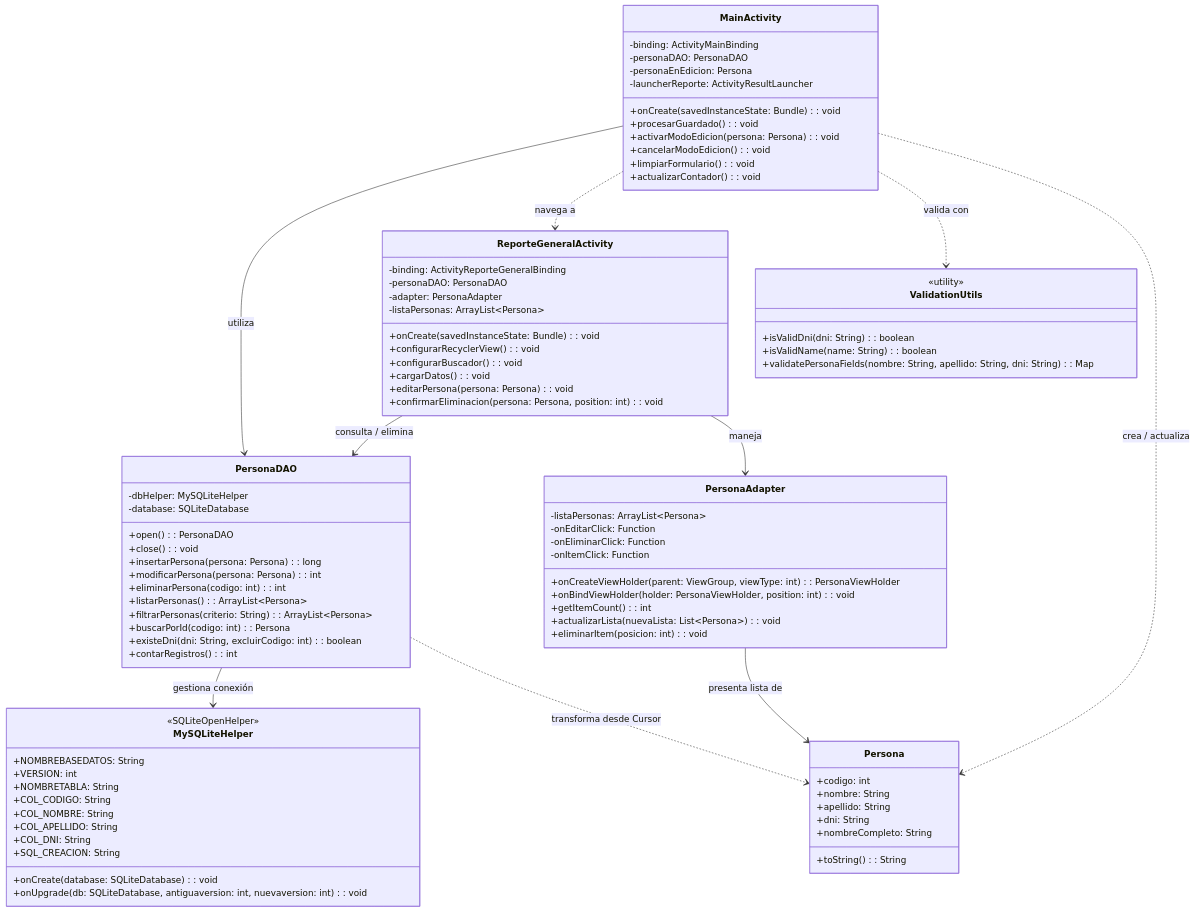
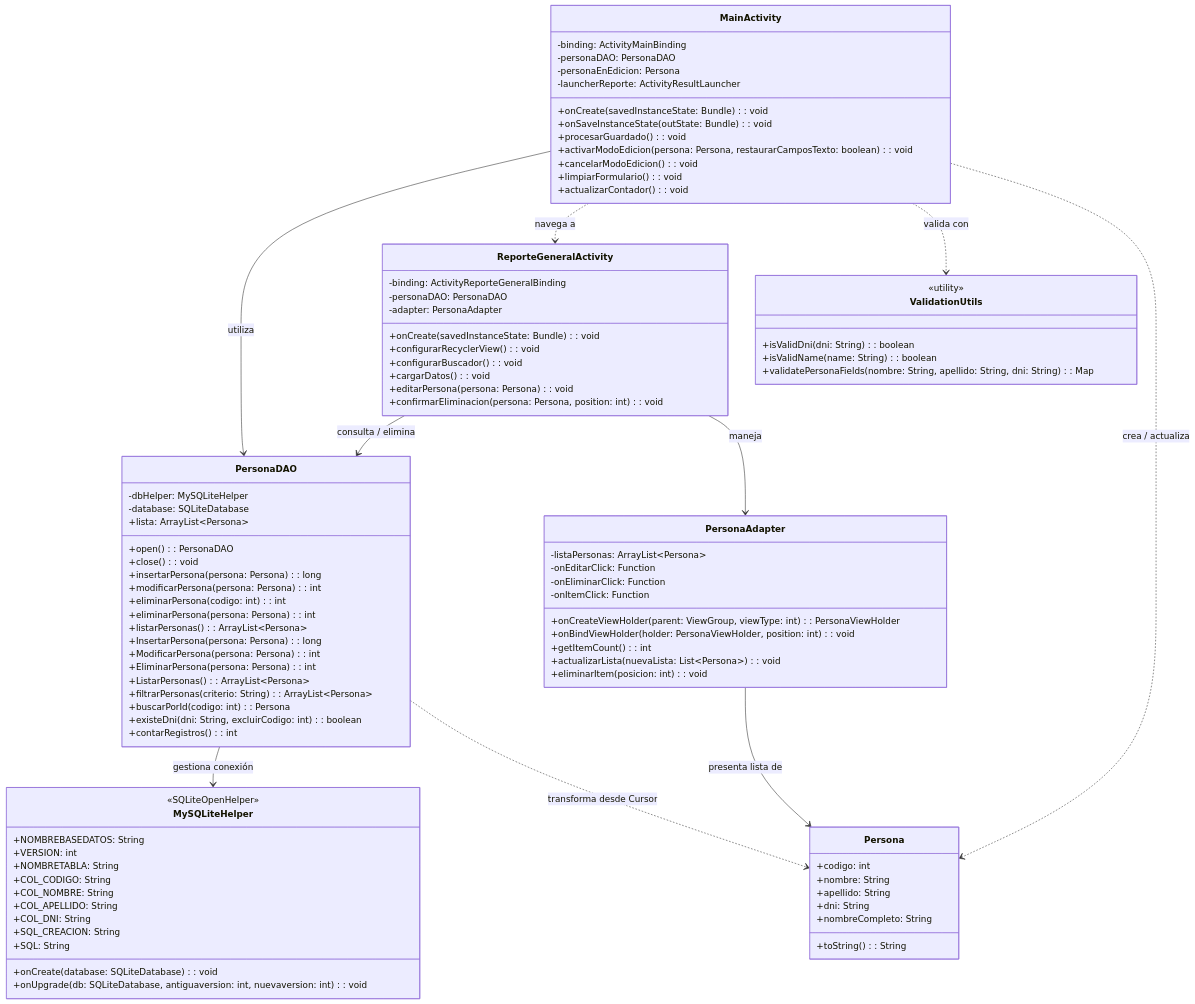
Before and after one commit to Orlandho/act1sem7: the diagram in mermaid diagramas/arquitectura.mmd, drawn with Mermaid. The commit also changed 11 other files, not shown here.

Commit message:
fix(core): improve DNI validation compatibility, lifecycle state restoration and UML adherence

```diff
--- a/mermaid diagramas/arquitectura.mmd
+++ b/mermaid diagramas/arquitectura.mmd
@@ -1,95 +1,102 @@
 classDiagram
     direction TB
 
     class MainActivity {
         -binding: ActivityMainBinding
         -personaDAO: PersonaDAO
         -personaEnEdicion: Persona
         -launcherReporte: ActivityResultLauncher
         +onCreate(savedInstanceState: Bundle): void
+        +onSaveInstanceState(outState: Bundle): void
         +procesarGuardado(): void
-        +activarModoEdicion(persona: Persona): void
+        +activarModoEdicion(persona: Persona, restaurarCamposTexto: boolean): void
         +cancelarModoEdicion(): void
         +limpiarFormulario(): void
         +actualizarContador(): void
     }
 
     class ReporteGeneralActivity {
         -binding: ActivityReporteGeneralBinding
         -personaDAO: PersonaDAO
         -adapter: PersonaAdapter
-        -listaPersonas: ArrayList~Persona~
         +onCreate(savedInstanceState: Bundle): void
         +configurarRecyclerView(): void
         +configurarBuscador(): void
         +cargarDatos(): void
         +editarPersona(persona: Persona): void
         +confirmarEliminacion(persona: Persona, position: int): void
     }
 
     class PersonaAdapter {
         -listaPersonas: ArrayList~Persona~
         -onEditarClick: Function
         -onEliminarClick: Function
         -onItemClick: Function
         +onCreateViewHolder(parent: ViewGroup, viewType: int): PersonaViewHolder
         +onBindViewHolder(holder: PersonaViewHolder, position: int): void
         +getItemCount(): int
         +actualizarLista(nuevaLista: List~Persona~): void
         +eliminarItem(posicion: int): void
     }
 
     class Persona {
         +codigo: int
         +nombre: String
         +apellido: String
         +dni: String
         +nombreCompleto: String
         +toString(): String
     }
 
     class PersonaDAO {
         -dbHelper: MySQLiteHelper
         -database: SQLiteDatabase
+        +lista: ArrayList~Persona~
         +open(): PersonaDAO
         +close(): void
         +insertarPersona(persona: Persona): long
         +modificarPersona(persona: Persona): int
         +eliminarPersona(codigo: int): int
+        +eliminarPersona(persona: Persona): int
         +listarPersonas(): ArrayList~Persona~
+        +InsertarPersona(persona: Persona): long
+        +ModificarPersona(persona: Persona): int
+        +EliminarPersona(persona: Persona): int
+        +ListarPersonas(): ArrayList~Persona~
         +filtrarPersonas(criterio: String): ArrayList~Persona~
         +buscarPorId(codigo: int): Persona
         +existeDni(dni: String, excluirCodigo: int): boolean
         +contarRegistros(): int
     }
 
     class MySQLiteHelper {
         <<SQLiteOpenHelper>>
         +NOMBREBASEDATOS: String
         +VERSION: int
         +NOMBRETABLA: String
         +COL_CODIGO: String
         +COL_NOMBRE: String
         +COL_APELLIDO: String
         +COL_DNI: String
         +SQL_CREACION: String
+        +SQL: String
         +onCreate(database: SQLiteDatabase): void
         +onUpgrade(db: SQLiteDatabase, antiguaversion: int, nuevaversion: int): void
     }
 
     class ValidationUtils {
         <<utility>>
         +isValidDni(dni: String): boolean
         +isValidName(name: String): boolean
         +validatePersonaFields(nombre: String, apellido: String, dni: String): Map
     }
 
     MainActivity --> PersonaDAO : utiliza
     MainActivity ..> ReporteGeneralActivity : navega a
     MainActivity ..> ValidationUtils : valida con
     MainActivity ..> Persona : crea / actualiza
     ReporteGeneralActivity --> PersonaDAO : consulta / elimina
     ReporteGeneralActivity --> PersonaAdapter : maneja
     PersonaAdapter --> Persona : presenta lista de
     PersonaDAO --> MySQLiteHelper : gestiona conexión
     PersonaDAO ..> Persona : transforma desde Cursor
```
